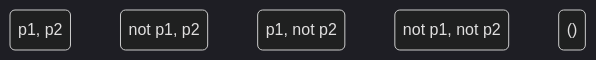
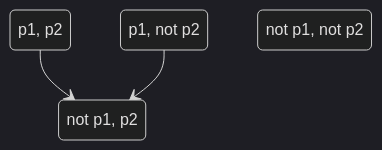
The diagram in COMP3153/Stream b/Stream B - Credit.md (VinayakFia/Obsidian), drawn with Mermaid (dark theme) before and after one commit. The commit also changed 1 other file, not shown here.

Commit message:
vault backup: 2024-11-10 16:29:16

````diff
--- a/COMP3153/Stream b/Stream B - Credit.md
+++ b/COMP3153/Stream b/Stream B - Credit.md
@@ -3,9 +3,10 @@
 ```mermaid
 stateDiagram-v2
 	and : p1, p2
 	p2 : not p1, p2
 	p1 : p1, not p2
 	none : not p1, not p2
 
-	()
+	and --> p2
+	p1 --> p2
 ```
````
